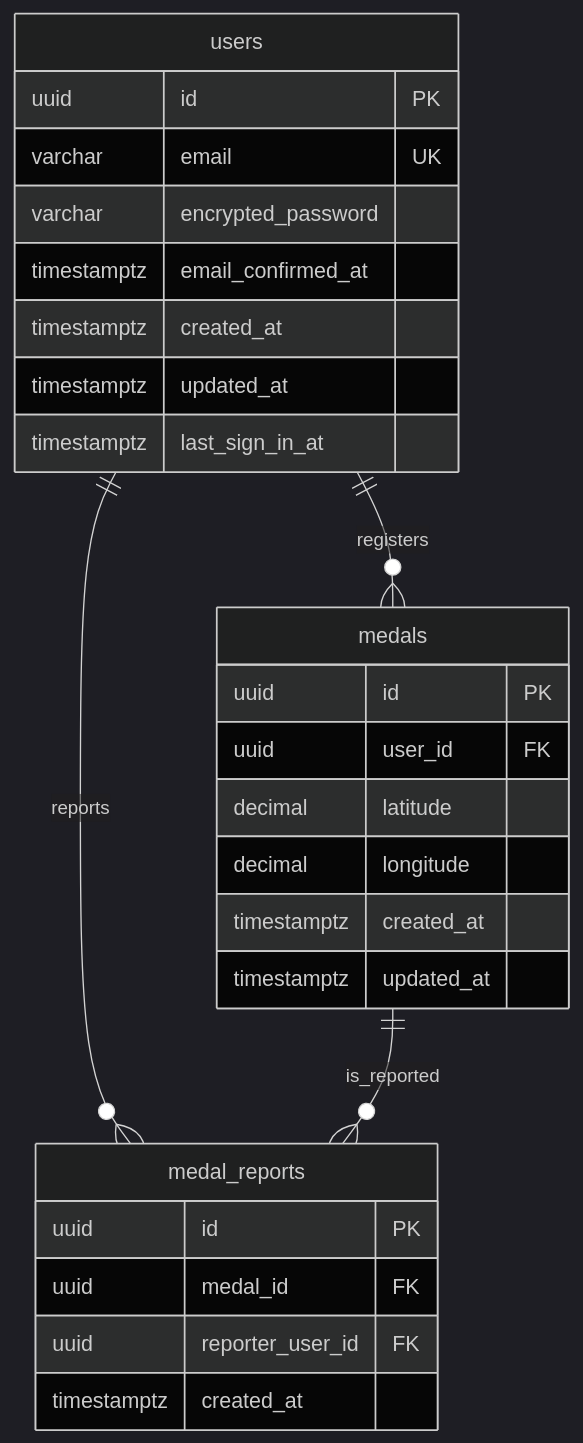
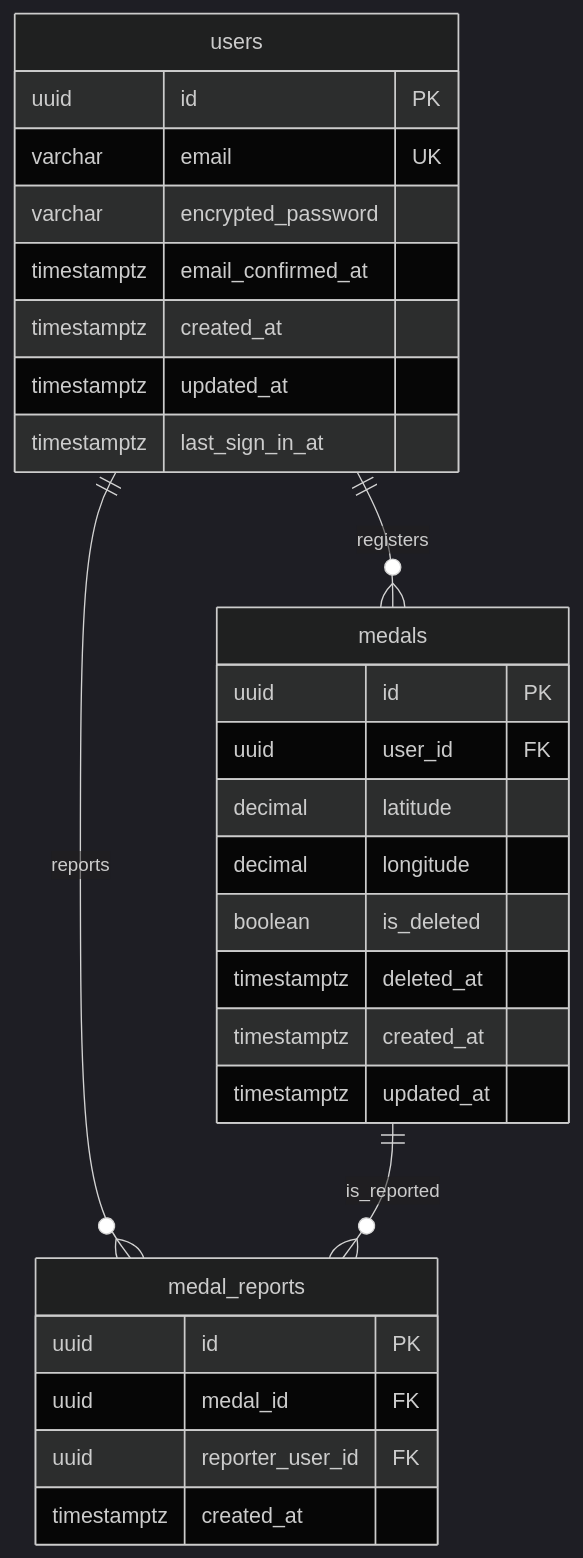
Before and after one commit to Lighthouse-projects/dqwfuntool_medalcompass: the diagram in documents/4_データベース設計書.md, drawn with Mermaid (dark theme). The commit also changed other lines of this file, not shown here.

````diff
--- a/documents/4_データベース設計書.md
+++ b/documents/4_データベース設計書.md
@@ -307,32 +317,34 @@
 ```mermaid
 erDiagram
     users ||--o{ medals : "registers"
     users ||--o{ medal_reports : "reports"
     medals ||--o{ medal_reports : "is_reported"
 
     users {
         uuid id PK
         varchar email UK
         varchar encrypted_password
         timestamptz email_confirmed_at
         timestamptz created_at
         timestamptz updated_at
         timestamptz last_sign_in_at
     }
 
     medals {
         uuid id PK
         uuid user_id FK
         decimal latitude
         decimal longitude
+        boolean is_deleted
+        timestamptz deleted_at
         timestamptz created_at
         timestamptz updated_at
     }
 
     medal_reports {
         uuid id PK
         uuid medal_id FK
         uuid reporter_user_id FK
         timestamptz created_at
     }
 ```
````
